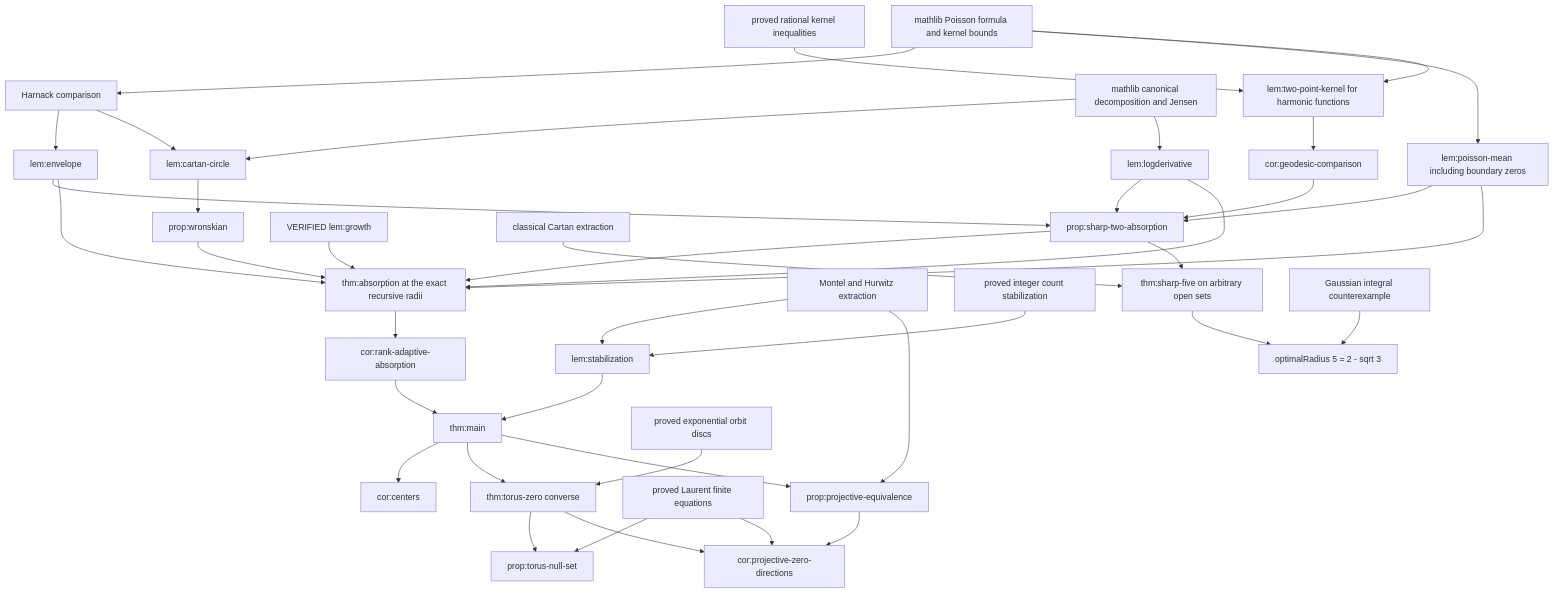
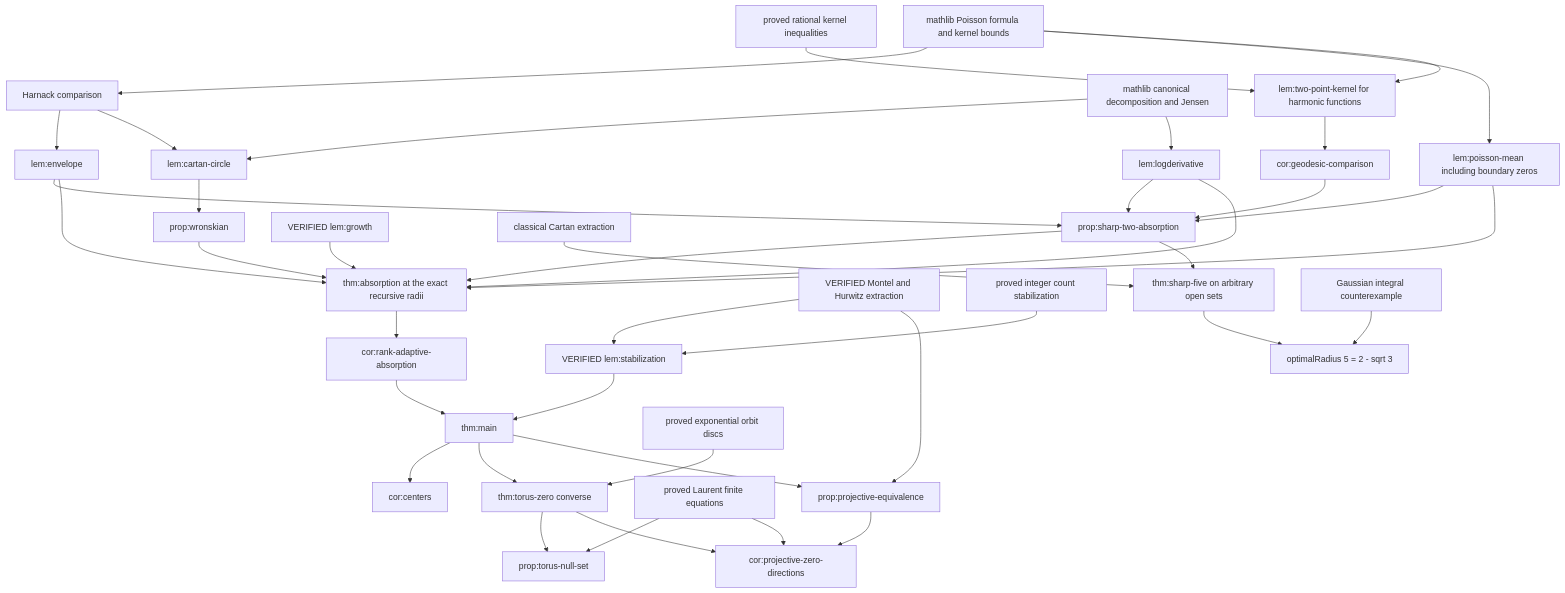
One commit to zhangteng2000/modified-cartan-lean changed the diagram in docs/DEPENDENCIES.md. Above: the diagram before and after it, drawn with Mermaid. The commit also changed 12 other files, not shown here.

Commit message:
Complete quotient preorder stabilization with common analytic extraction

````diff
--- a/docs/DEPENDENCIES.md
+++ b/docs/DEPENDENCIES.md
@@ -5,42 +5,42 @@
 ```mermaid
 flowchart TD
   Poisson[mathlib Poisson formula and kernel bounds] --> Harnack[Harnack comparison]
   Harnack --> Envelope[lem:envelope]
   Factor[mathlib canonical decomposition and Jensen] --> Circle[lem:cartan-circle]
   Harnack --> Circle
   Circle --> Wronskian[prop:wronskian]
   Factor --> LogDeriv[lem:logderivative]
   Poisson --> Mean[lem:poisson-mean including boundary zeros]
   Kernel[proved rational kernel inequalities] --> TwoPoint[lem:two-point-kernel for harmonic functions]
   Poisson --> TwoPoint
   TwoPoint --> Geodesic[cor:geodesic-comparison]
   Geodesic --> TwoAbs[prop:sharp-two-absorption]
   Envelope --> TwoAbs
   Mean --> TwoAbs
   LogDeriv --> TwoAbs
   Wronskian --> Abs[thm:absorption at the exact recursive radii]
   LogDeriv --> Abs
   Growth[VERIFIED lem:growth] --> Abs
   Envelope --> Abs
   Mean --> Abs
   TwoAbs --> Abs
   Abs --> Rank[cor:rank-adaptive-absorption]
-  Normal[Montel and Hurwitz extraction] --> Stabilize[lem:stabilization]
+  Normal[VERIFIED Montel and Hurwitz extraction] --> Stabilize[VERIFIED lem:stabilization]
   Counts[proved integer count stabilization] --> Stabilize
   Rank --> Main[thm:main]
   Stabilize --> Main
   Main --> Centers[cor:centers]
   Classical[classical Cartan extraction] --> Five[thm:sharp-five on arbitrary open sets]
   TwoAbs --> Five
   Five --> Optimal[optimalRadius 5 = 2 - sqrt 3]
   Gaussian[Gaussian integral counterexample] --> Optimal
   Main --> Torus[thm:torus-zero converse]
   Orbit[proved exponential orbit discs] --> Torus
   Torus --> Null[prop:torus-null-set]
   Finite[proved Laurent finite equations] --> Null
   Main --> Projective[prop:projective-equivalence]
   Normal --> Projective
   Projective --> Directions[cor:projective-zero-directions]
   Torus --> Directions
   Finite --> Directions
 ```
````
